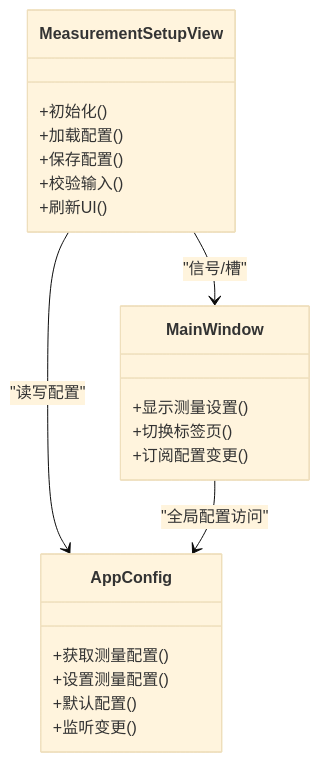
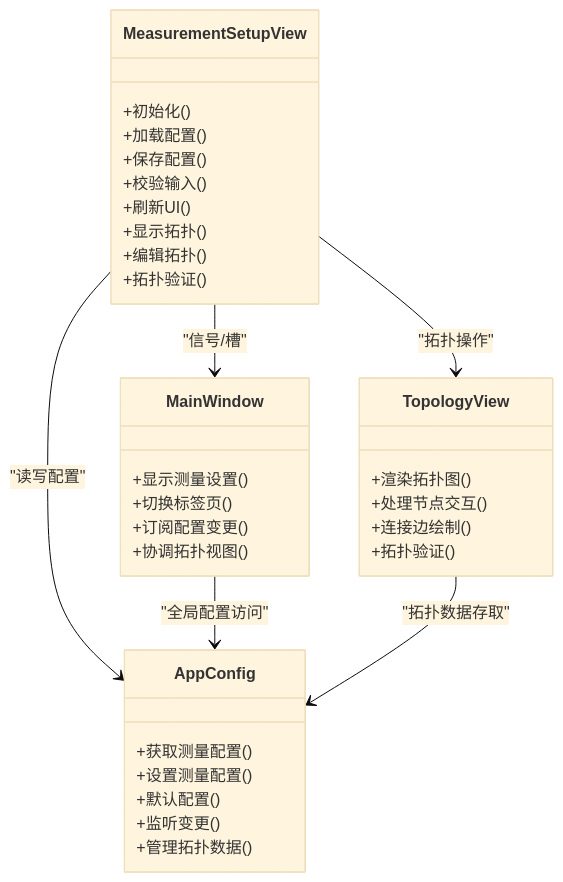
Before and after one commit to jakecai1225-design/OpenBus: the second of 5 diagrams in .qoder/repowiki/zh/content/架构设计/UI系统设计/测量设置视图组件.md, drawn with Mermaid (base theme). The commit also changed other lines of this file and 26 other files, not shown here.

````diff
--- a/.qoder/repowiki/zh/content/架构设计/UI系统设计/测量设置视图组件.md
+++ b/.qoder/repowiki/zh/content/架构设计/UI系统设计/测量设置视图组件.md
@@ -76,24 +91,37 @@
 ```mermaid
 classDiagram
 class MeasurementSetupView {
 +初始化()
 +加载配置()
 +保存配置()
 +校验输入()
 +刷新UI()
++显示拓扑()
++编辑拓扑()
++拓扑验证()
 }
 class MainWindow {
 +显示测量设置()
 +切换标签页()
 +订阅配置变更()
++协调拓扑视图()
 }
 class AppConfig {
 +获取测量配置()
 +设置测量配置()
 +默认配置()
 +监听变更()
++管理拓扑数据()
+}
+class TopologyView {
++渲染拓扑图()
++处理节点交互()
++连接边绘制()
++拓扑验证()
 }
 MeasurementSetupView --> MainWindow : "信号/槽"
 MeasurementSetupView --> AppConfig : "读写配置"
+MeasurementSetupView --> TopologyView : "拓扑操作"
 MainWindow --> AppConfig : "全局配置访问"
+TopologyView --> AppConfig : "拓扑数据存取"
 ```
````
